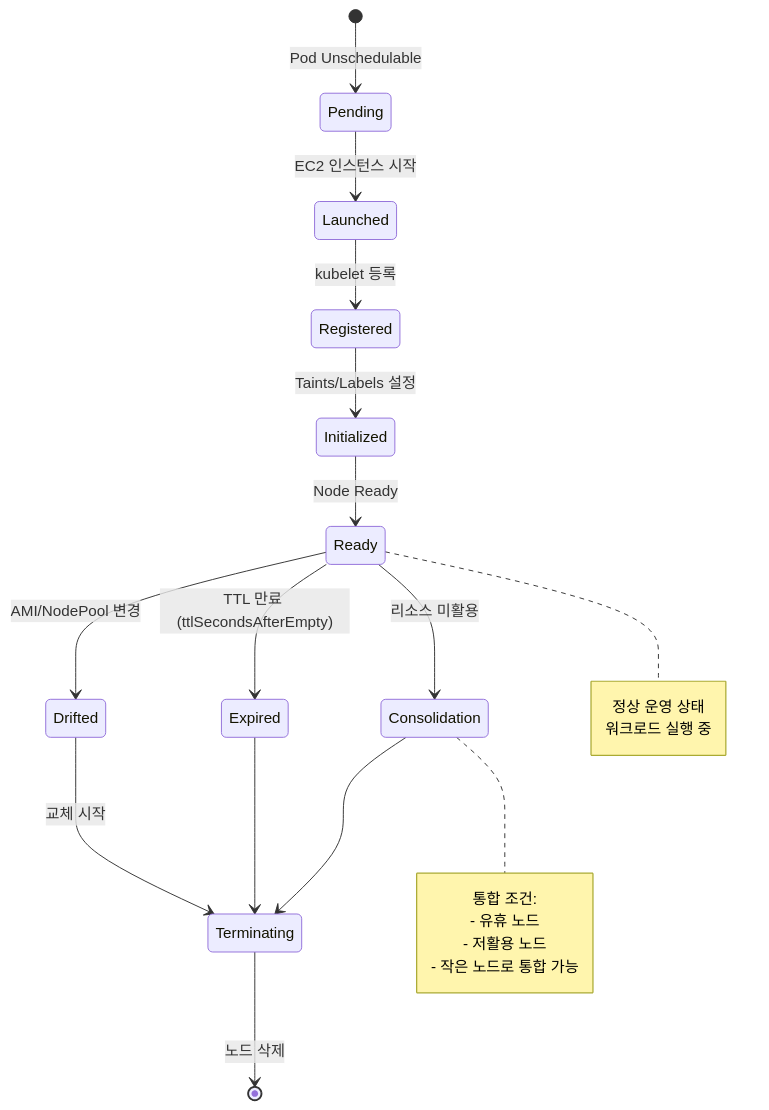
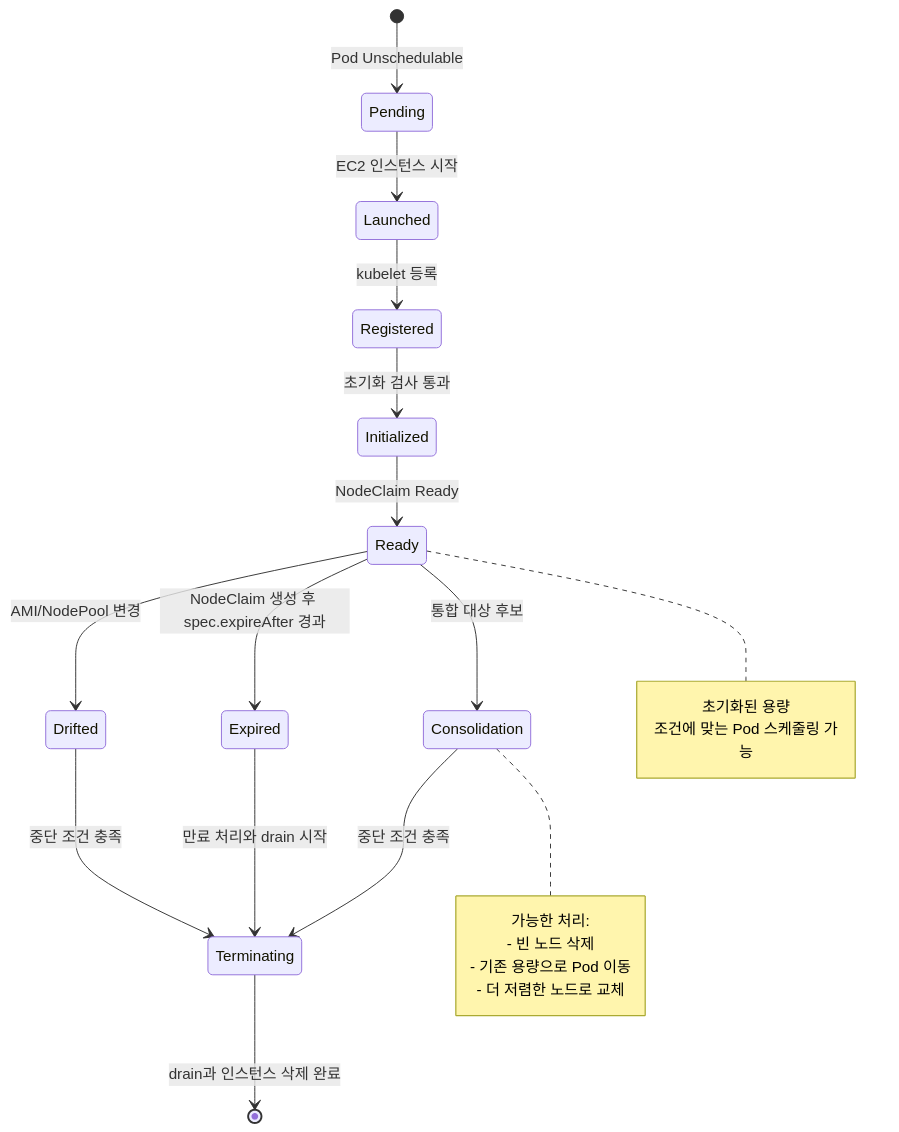
The first of 4 diagrams in docs/eks-best-practices/operations-reliability/eks-debugging/karpenter.md (devfloor9/engineering-playbook), drawn with Mermaid before and after one commit. The commit also changed other lines of this file and 2 other files, not shown here.

First line of the commit message:
Correct Karpenter disruption windows and lifecycle diagrams

````diff
--- a/docs/eks-best-practices/operations-reliability/eks-debugging/karpenter.md
+++ b/docs/eks-best-practices/operations-reliability/eks-debugging/karpenter.md
@@ -33,30 +33,30 @@
 ```mermaid
 stateDiagram-v2
     [*] --> Pending: Pod Unschedulable
     Pending --> Launched: EC2 인스턴스 시작
     Launched --> Registered: kubelet 등록
-    Registered --> Initialized: Taints/Labels 설정
-    Initialized --> Ready: Node Ready
+    Registered --> Initialized: 초기화 검사 통과
+    Initialized --> Ready: NodeClaim Ready
 
     Ready --> Drifted: AMI/NodePool 변경
-    Ready --> Expired: TTL 만료 (ttlSecondsAfterEmpty)
-    Ready --> Consolidation: 리소스 미활용
+    Ready --> Expired: NodeClaim 생성 후 spec.expireAfter 경과
+    Ready --> Consolidation: 통합 대상 후보
 
-    Drifted --> Terminating: 교체 시작
-    Expired --> Terminating
-    Consolidation --> Terminating
+    Drifted --> Terminating: 중단 조건 충족
+    Expired --> Terminating: 만료 처리와 drain 시작
+    Consolidation --> Terminating: 중단 조건 충족
 
-    Terminating --> [*]: 노드 삭제
+    Terminating --> [*]: drain과 인스턴스 삭제 완료
 
     note right of Ready
-        정상 운영 상태
-        워크로드 실행 중
+        초기화된 용량
+        조건에 맞는 Pod 스케줄링 가능
     end note
 
     note right of Consolidation
-        통합 조건:
-        - 유휴 노드
-        - 저활용 노드
-        - 작은 노드로 통합 가능
+        가능한 처리:
+        - 빈 노드 삭제
+        - 기존 용량으로 Pod 이동
+        - 더 저렴한 노드로 교체
     end note
 ```
````
